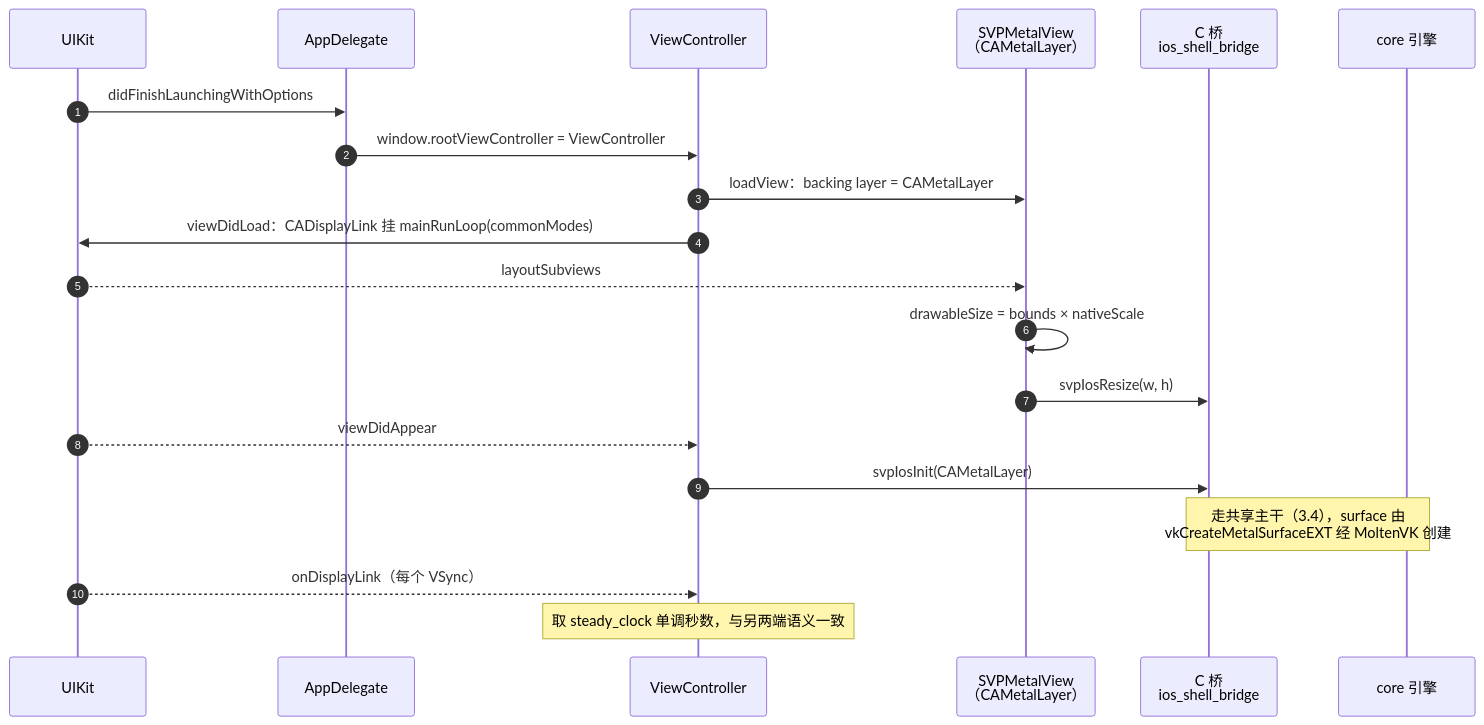
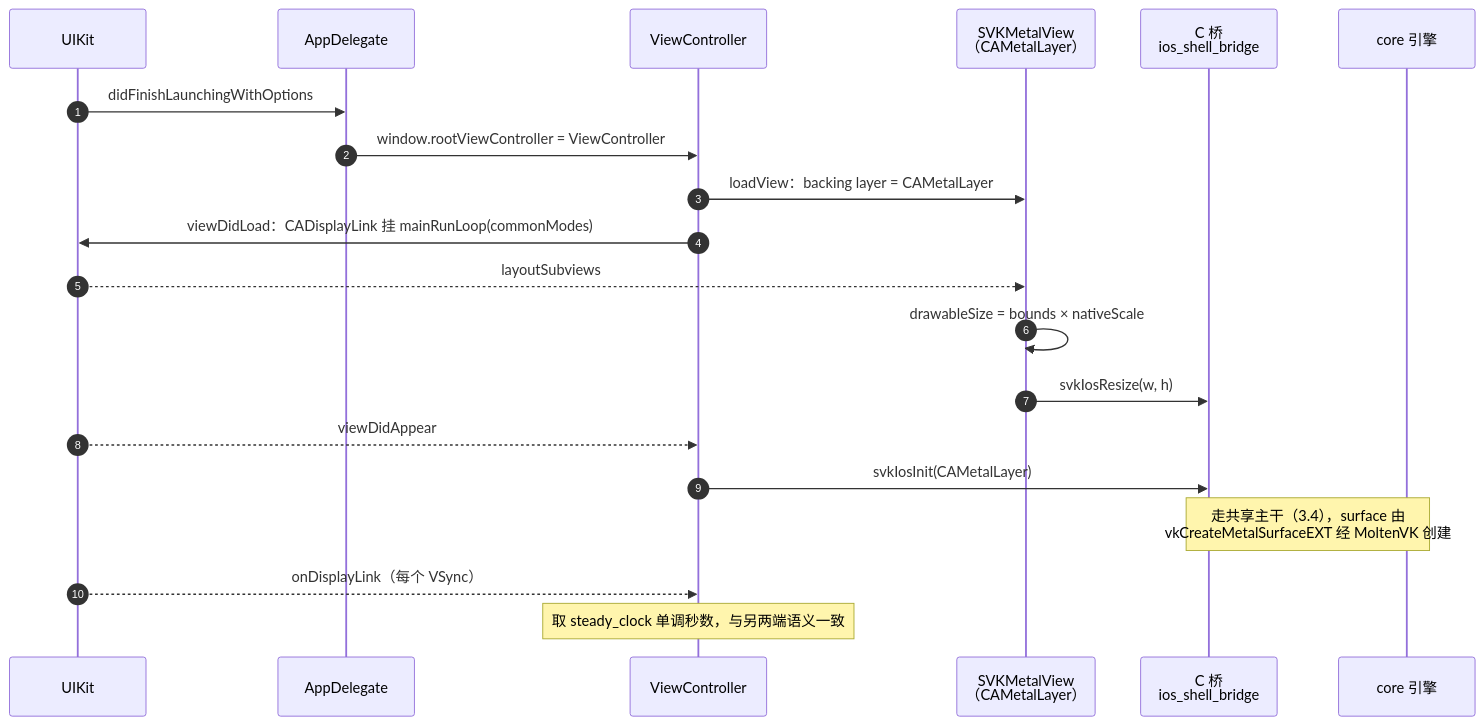
Before and after one commit to helloworldwangziyi/SVK: the third of 8 diagrams in docs/startup-sequence.md, drawn with Mermaid. The commit also changed other lines of this file and 45 other files, not shown here.

First line of the commit message:
refactor: 命名空间与工程标识 svp 统一更名为 svk，与项目名 SVK 保持一致

````diff
--- a/docs/startup-sequence.md
+++ b/docs/startup-sequence.md
@@ -106,23 +106,23 @@
 ```mermaid
 sequenceDiagram
     autonumber
     participant Sys as UIKit
     participant Del as AppDelegate
     participant VC as ViewController
-    participant View as SVPMetalView<br/>（CAMetalLayer）
+    participant View as SVKMetalView<br/>（CAMetalLayer）
     participant CBridge as C 桥<br/>ios_shell_bridge
     participant Core as core 引擎
 
     Sys->>Del: didFinishLaunchingWithOptions
     Del->>VC: window.rootViewController = ViewController
     VC->>View: loadView：backing layer = CAMetalLayer
     VC->>Sys: viewDidLoad：CADisplayLink 挂 mainRunLoop(commonModes)
     Sys-->>View: layoutSubviews
     View->>View: drawableSize = bounds × nativeScale
-    View->>CBridge: svpIosResize(w, h)
+    View->>CBridge: svkIosResize(w, h)
     Sys-->>VC: viewDidAppear
-    VC->>CBridge: svpIosInit(CAMetalLayer)
+    VC->>CBridge: svkIosInit(CAMetalLayer)
     Note over CBridge,Core: 走共享主干（3.4），surface 由<br/>vkCreateMetalSurfaceEXT 经 MoltenVK 创建
     Sys-->>VC: onDisplayLink（每个 VSync）
     Note over VC: 取 steady_clock 单调秒数，与另两端语义一致
 ```
````
